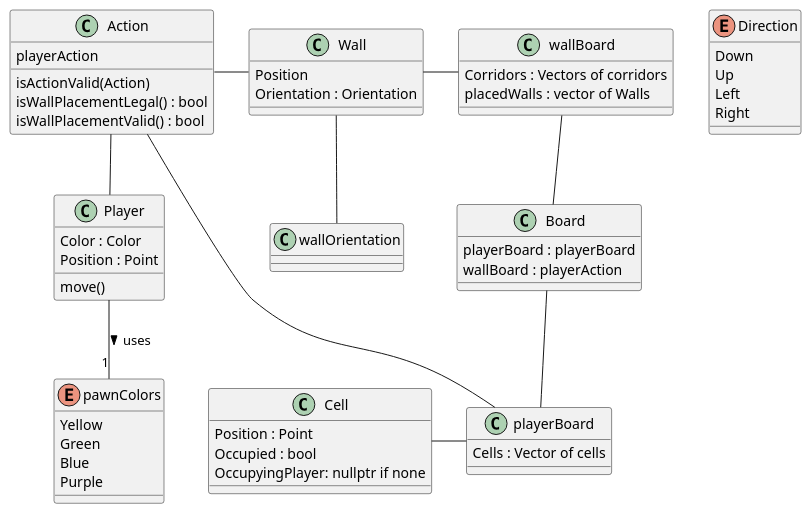
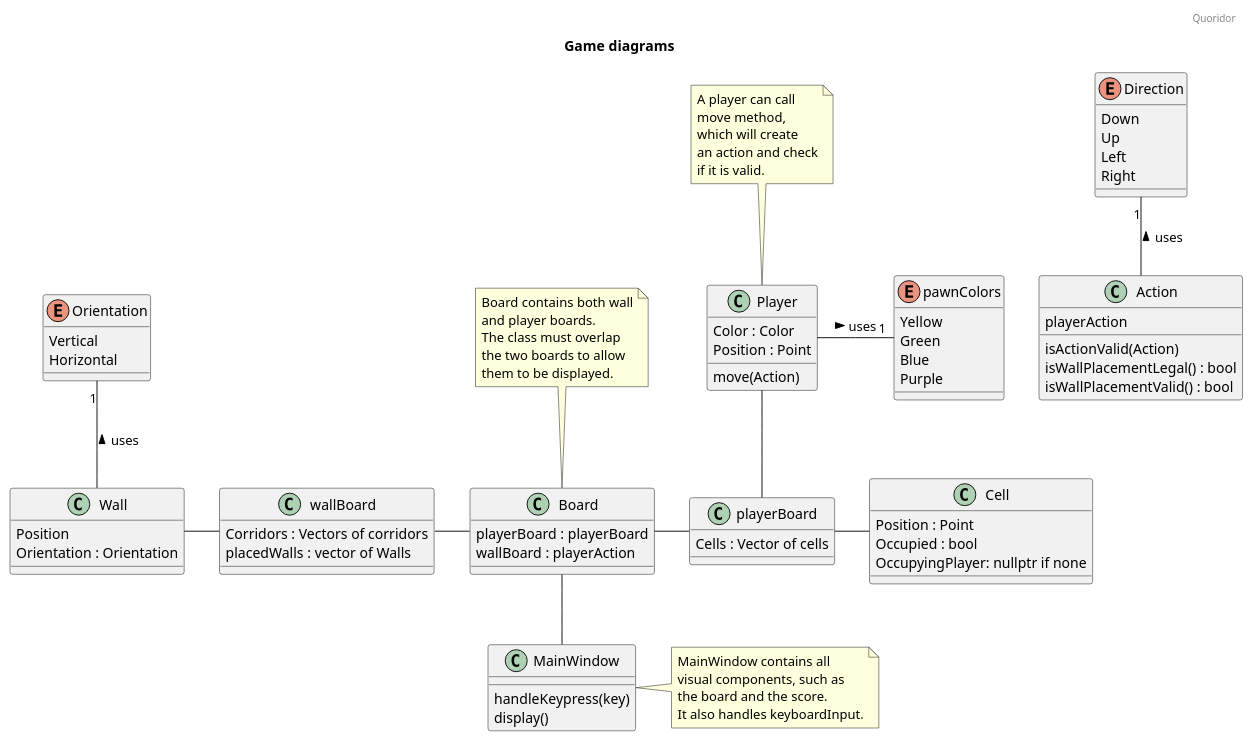
The diagram in UML_Diagrams/GameDiagrams.pu (fnieri/Quoridor), drawn with PlantUML before and after one commit.

Commit message:
game_diagram progress. ignore action not connected

```diff
--- a/UML_Diagrams/GameDiagrams.pu
+++ b/UML_Diagrams/GameDiagrams.pu
@@ -1,91 +1,121 @@
 @startuml GameDiagrams
+
+header Quoridor
+title Game diagrams
 
 enum pawnColors {
     'Fields
         Yellow
         Green
         Blue
         Purple
 }
 
 
-/' Class is useless I think
-enum wallOrientation {
+enum Orientation {
     'Fields
         Vertical
         Horizontal
     
 }
-'/
 
+class MainWindow {
+    'Methods
+        handleKeypress(key)
+        display()
+}
+
+note right of MainWindow
+MainWindow contains all 
+visual components, such as 
+the board and the score.
+It also handles keyboardInput.
+endnote
 
 enum Direction {
     'Fields
         Down
         Up
         Left
         Right
 }
 
 class Player{
     'Fields
         Color : Color
         Position : Point
     'Methods
-        move()
+        move(Action)
     
 }
+
+note top of Player
+A player can call 
+move method,
+which will create
+an action and check
+if it is valid.
+endnote
+
 class Wall{
     'Fields
         Position
         Orientation : Orientation
     'Methods
 }
 
 class Cell{
     'Fields
         Position : Point
         Occupied : bool
         OccupyingPlayer: nullptr if none
 }
 
 class playerBoard {
     'Fields
         Cells : Vector of cells   
 } 
 
 class wallBoard {
     'Fields
         Corridors : Vectors of corridors
         placedWalls : vector of Walls
 }
 
 class Board{
     'Fields
         playerBoard : playerBoard
         wallBoard : playerAction
 }
 
+note top of Board
+Board contains both wall
+and player boards.
+The class must overlap
+the two boards to allow 
+them to be displayed.
+endnote
+
 class Action  {
     'Fields
         playerAction
     'Methods
         isActionValid(Action)  
         isWallPlacementLegal() : bool /' (inside board and on empty space) '/
         isWallPlacementValid() : bool /' (all players can still get to other side)'/
 
 }
 
 
-Cell - playerBoard
-playerBoard -u- Board
-wallBoard -d- Board
-wallOrientation -u- Wall
+Board -d- MainWindow
+playerBoard -l- Board
+wallBoard -r- Board
+Cell -l- playerBoard
 Wall - wallBoard
-Player -u- Action
-Action - playerBoard
-Action- Wall
-Player -d- "1" pawnColors : > uses
-
+' Player - Action
+Player -d- playerBoard
+Player -r- "1" pawnColors : > uses
+Action -u- "1" Direction : > uses
+Wall -u- "1" Orientation : > uses
 
 @enduml
```
